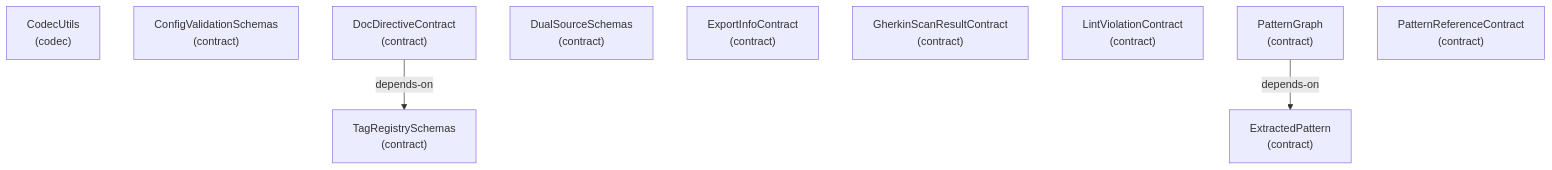
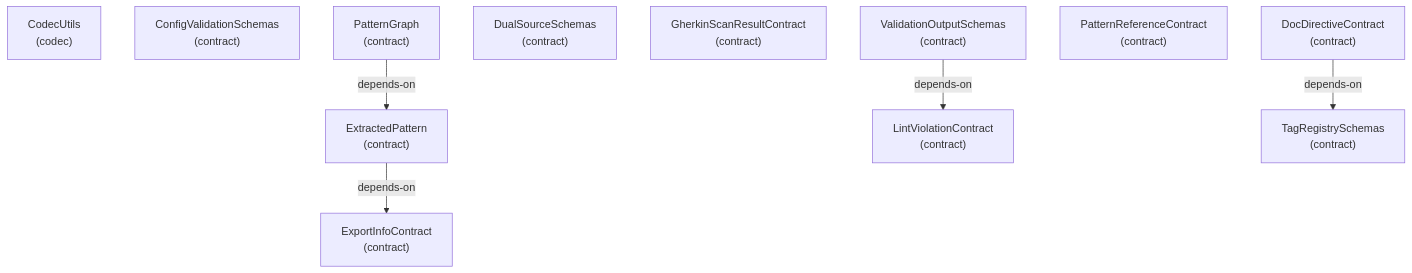
One commit to libar-dev/architect changed diagram 23 of 23 in docs-live/ARCHITECTURE.md. Above: the diagram before and after it, drawn with Mermaid. The commit also changed other lines of this file and 185 other files, not shown here.

Commit message:
refactor(architect): replace facade with frozen graph handle

````diff
--- a/docs-live/ARCHITECTURE.md
+++ b/docs-live/ARCHITECTURE.md
@@ -581,16 +582,19 @@
 ```mermaid
 graph TD
   codecutils["CodecUtils<br/>(codec)"]
   configvalidationschemas["ConfigValidationSchemas<br/>(contract)"]
   docdirectivecontract["DocDirectiveContract<br/>(contract)"]
   dualsourceschemas["DualSourceSchemas<br/>(contract)"]
   exportinfocontract["ExportInfoContract<br/>(contract)"]
   extractedpattern["ExtractedPattern<br/>(contract)"]
   gherkinscanresultcontract["GherkinScanResultContract<br/>(contract)"]
   lintviolationcontract["LintViolationContract<br/>(contract)"]
   patterngraph["PatternGraph<br/>(contract)"]
   patternreferencecontract["PatternReferenceContract<br/>(contract)"]
   tagregistryschemas["TagRegistrySchemas<br/>(contract)"]
+  validationoutputschemas["ValidationOutputSchemas<br/>(contract)"]
   docdirectivecontract -->|depends-on| tagregistryschemas
+  extractedpattern -->|depends-on| exportinfocontract
   patterngraph -->|depends-on| extractedpattern
+  validationoutputschemas -->|depends-on| lintviolationcontract
 ```
````
